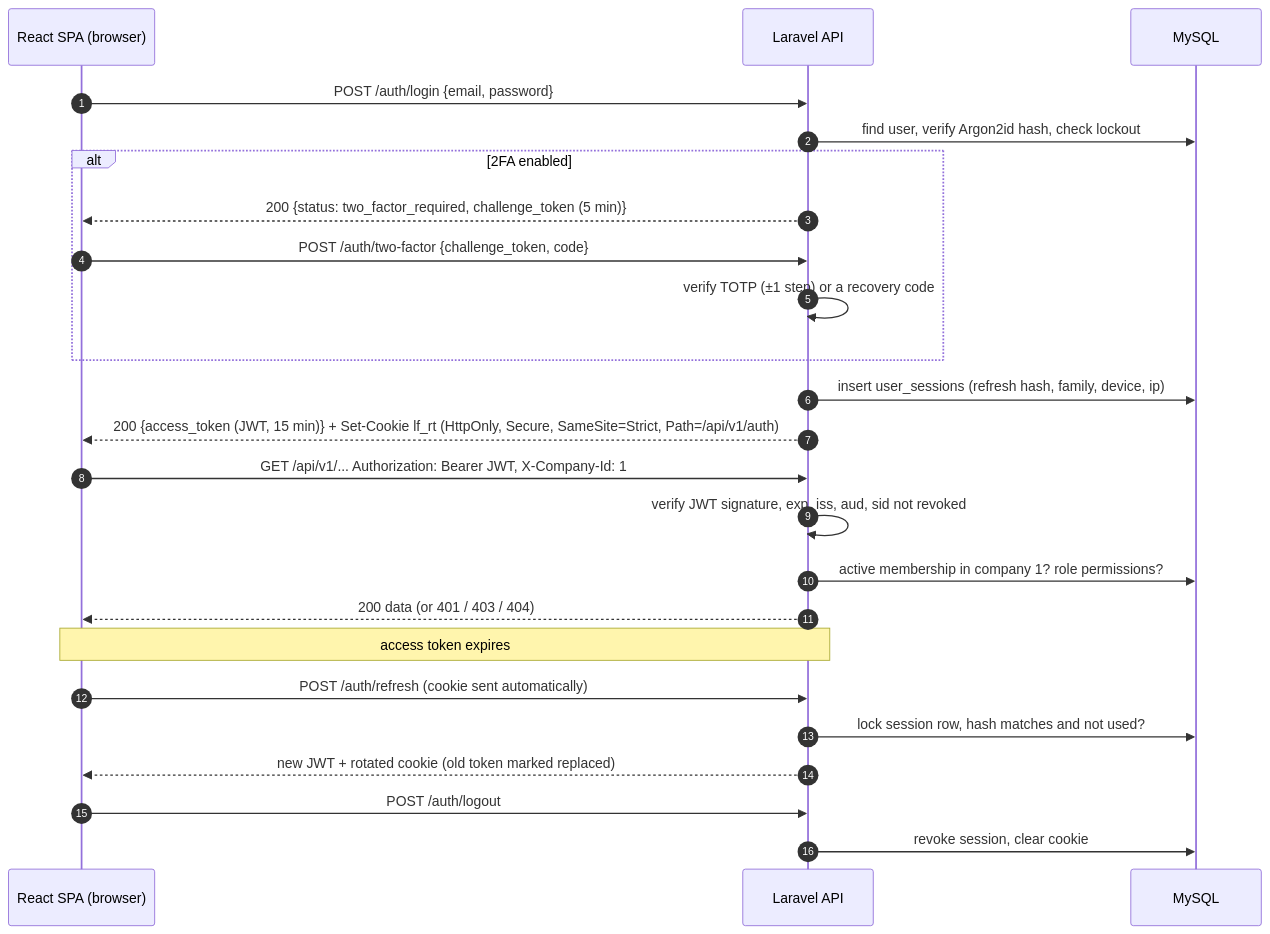
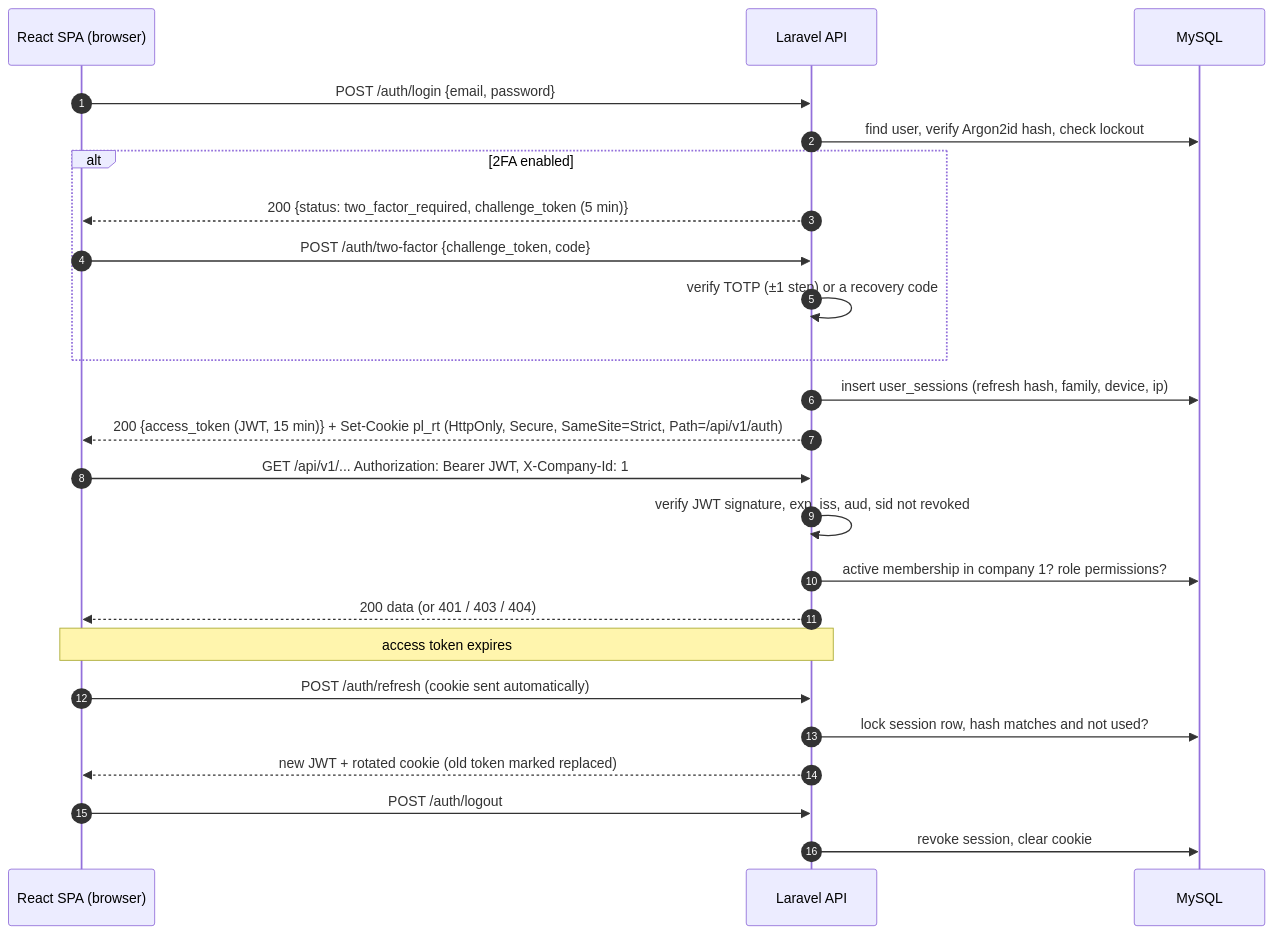
Before and after one commit to Samin1362/Pluto-ERP-Project-Backend: the first of 2 diagrams in docs/07-Authentication-and-Authorization.md, drawn with Mermaid. The commit also changed other lines of this file and 79 other files, not shown here.

````diff
--- a/docs/07-Authentication-and-Authorization.md
+++ b/docs/07-Authentication-and-Authorization.md
@@ -7,26 +7,26 @@
 ```mermaid
 sequenceDiagram
     autonumber
     participant B as React SPA (browser)
     participant A as Laravel API
     participant DB as MySQL
     B->>A: POST /auth/login {email, password}
     A->>DB: find user, verify Argon2id hash, check lockout
     alt 2FA enabled
         A-->>B: 200 {status: two_factor_required, challenge_token (5 min)}
         B->>A: POST /auth/two-factor {challenge_token, code}
         A->>A: verify TOTP (±1 step) or a recovery code
     end
     A->>DB: insert user_sessions (refresh hash, family, device, ip)
-    A-->>B: 200 {access_token (JWT, 15 min)} + Set-Cookie lf_rt (HttpOnly, Secure, SameSite=Strict, Path=/api/v1/auth)
+    A-->>B: 200 {access_token (JWT, 15 min)} + Set-Cookie pl_rt (HttpOnly, Secure, SameSite=Strict, Path=/api/v1/auth)
     B->>A: GET /api/v1/... Authorization: Bearer JWT, X-Company-Id: 1
     A->>A: verify JWT signature, exp, iss, aud, sid not revoked
     A->>DB: active membership in company 1? role permissions?
     A-->>B: 200 data (or 401 / 403 / 404)
     Note over B,A: access token expires
     B->>A: POST /auth/refresh (cookie sent automatically)
     A->>DB: lock session row, hash matches and not used?
     A-->>B: new JWT + rotated cookie (old token marked replaced)
     B->>A: POST /auth/logout
     A->>DB: revoke session, clear cookie
 ```
````
